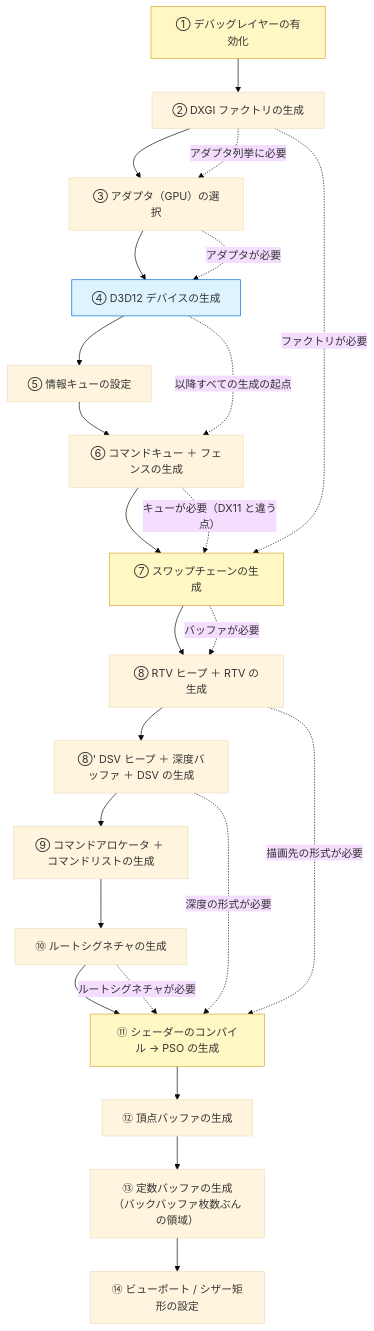
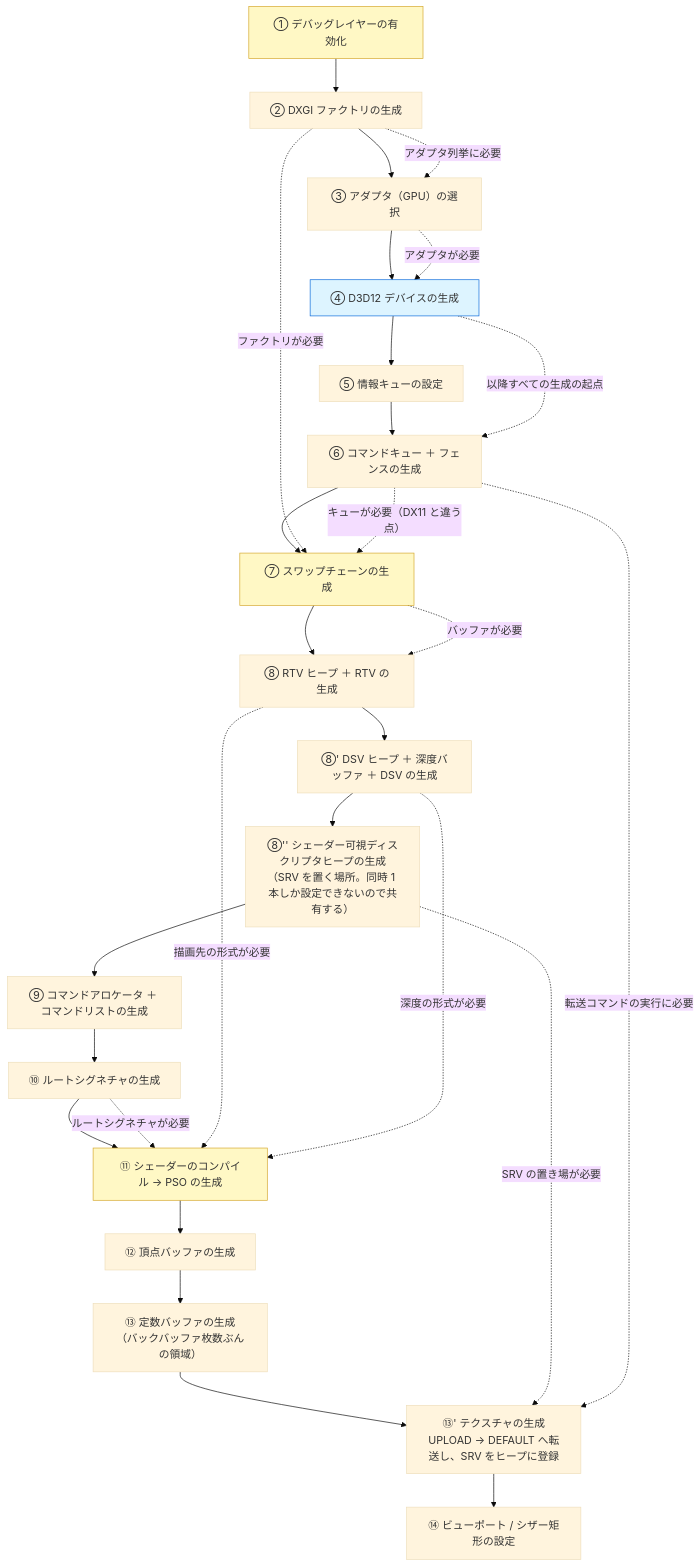
One commit to Tomonorarari-Think/DirectX12Dev changed the second of 4 diagrams in docs/architecture/03_初期化と1フレームの流れ.md. Above: the diagram before and after it, drawn with Mermaid (base theme). The commit also changed other lines of this file and 17 other files, not shown here.

````diff
--- a/docs/architecture/03_初期化と1フレームの流れ.md
+++ b/docs/architecture/03_初期化と1フレームの流れ.md
@@ -32,35 +32,39 @@
 ```mermaid
 flowchart TD
     S1["① デバッグレイヤーの有効化"]
     S2["② DXGI ファクトリの生成"]
     S3["③ アダプタ（GPU）の選択"]
     S4["④ D3D12 デバイスの生成"]
     S5["⑤ 情報キューの設定"]
     S6["⑥ コマンドキュー ＋ フェンスの生成"]
     S7["⑦ スワップチェーンの生成"]
     S8["⑧ RTV ヒープ ＋ RTV の生成"]
     S8b["⑧' DSV ヒープ ＋ 深度バッファ ＋ DSV の生成"]
+    SH["⑧'' シェーダー可視ディスクリプタヒープの生成<br/>（SRV を置く場所。同時 1 本しか設定できないので共有する）"]
     S9["⑨ コマンドアロケータ ＋ コマンドリストの生成"]
     S10["⑩ ルートシグネチャの生成"]
     S11["⑪ シェーダーのコンパイル → PSO の生成"]
     S12["⑫ 頂点バッファの生成"]
     S13["⑬ 定数バッファの生成<br/>（バックバッファ枚数ぶんの領域）"]
+    S13b["⑬' テクスチャの生成<br/>UPLOAD → DEFAULT へ転送し、SRV をヒープに登録"]
     S14["⑭ ビューポート / シザー矩形の設定"]
 
-    S1 --> S2 --> S3 --> S4 --> S5 --> S6 --> S7 --> S8 --> S8b --> S9 --> S10 --> S11 --> S12 --> S13 --> S14
+    S1 --> S2 --> S3 --> S4 --> S5 --> S6 --> S7 --> S8 --> S8b --> SH --> S9 --> S10 --> S11 --> S12 --> S13 --> S13b --> S14
 
     S2 -. アダプタ列挙に必要 .-> S3
     S3 -. アダプタが必要 .-> S4
     S4 -. 以降すべての生成の起点 .-> S6
     S2 -. ファクトリが必要 .-> S7
     S6 -. キューが必要（DX11 と違う点） .-> S7
     S7 -. バッファが必要 .-> S8
     S10 -. ルートシグネチャが必要 .-> S11
     S8 -. 描画先の形式が必要 .-> S11
     S8b -. 深度の形式が必要 .-> S11
+    SH -. SRV の置き場が必要 .-> S13b
+    S6 -. 転送コマンドの実行に必要 .-> S13b
 
     style S1 fill:#fff8c5,stroke:#d4a72c
     style S4 fill:#ddf4ff,stroke:#0969da
     style S7 fill:#fff8c5,stroke:#d4a72c
     style S11 fill:#fff8c5,stroke:#d4a72c
 ```
````
